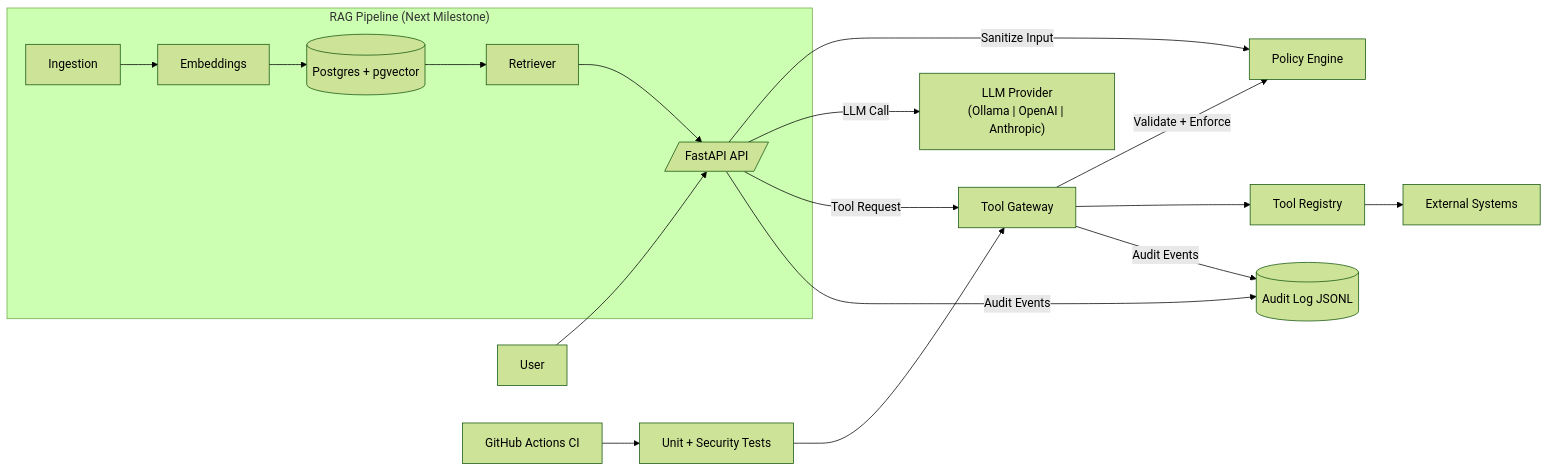
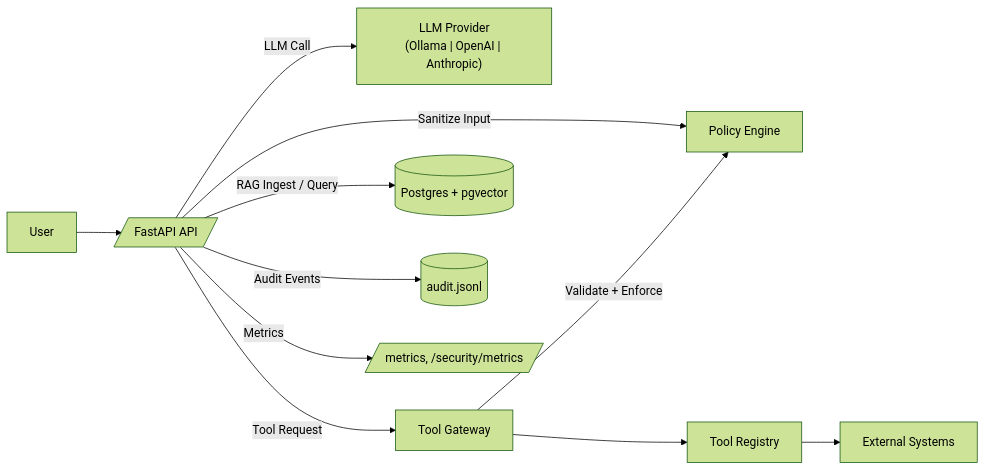
Before and after one commit to viplavfauzdar/aisecops-lab: the diagram in README.md, drawn with Mermaid (forest theme). The commit also changed other lines of this file, not shown here.

````diff
--- a/README.md
+++ b/README.md
@@ -14,23 +13,14 @@
 ```mermaid
 flowchart LR
     User[User] --> API[/FastAPI API/]
     API -->|Sanitize Input| Policy[Policy Engine]
     API -->|LLM Call| LLM["LLM Provider\n(Ollama | OpenAI | Anthropic)"]
     API -->|Tool Request| Gateway[Tool Gateway]
     Gateway -->|Validate + Enforce| Policy
     Gateway --> Tools[Tool Registry]
     Tools --> External[External Systems]
 
-    API -->|Audit Events| Audit[(Audit Log JSONL)]
-    Gateway -->|Audit Events| Audit
-
-    subgraph "RAG Pipeline (Next Milestone)"
-        Ingest[Ingestion] --> Embed[Embeddings]
-        Embed --> VectorDB[(Postgres + pgvector)]
-        VectorDB --> Retrieve[Retriever]
-        Retrieve --> API
-    end
-
-    CI[GitHub Actions CI] --> Tests[Unit + Security Tests]
-    Tests --> Gateway
+    API -->|RAG Ingest / Query| VectorDB[(Postgres + pgvector)]
+    API -->|Audit Events| Audit[(audit.jsonl)]
+    API -->|Metrics| Prom[/metrics, /security/metrics/]
 ```
````
